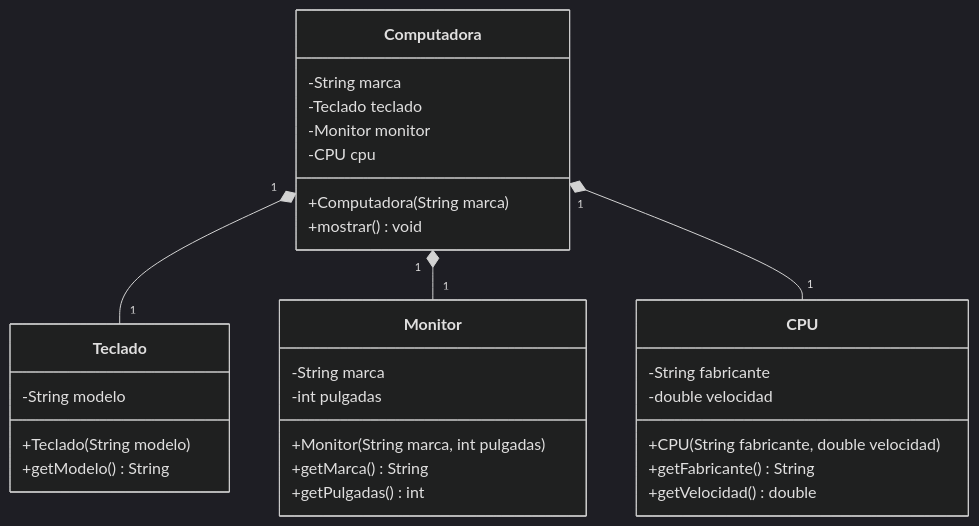
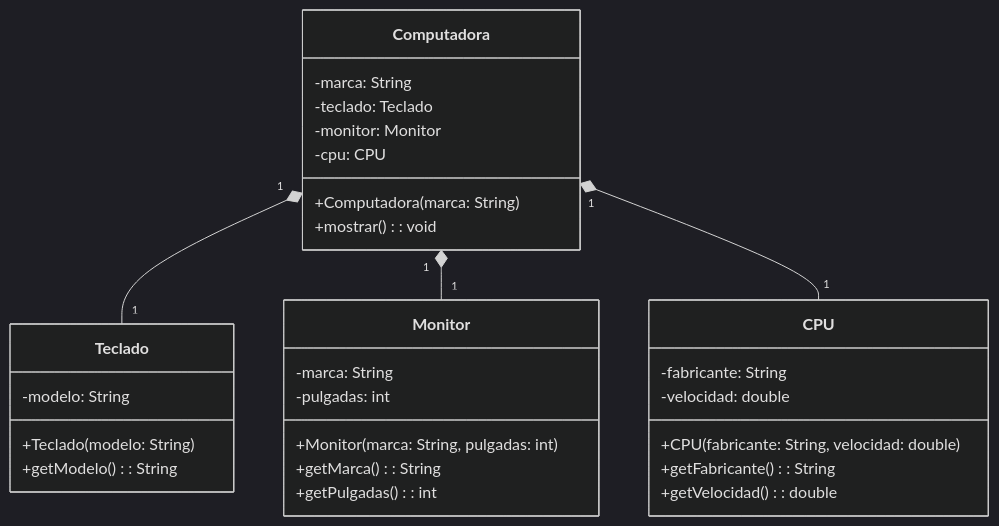
The first of 11 diagrams in README.md (CursosProgramacionEP/USIL_SEMANA10), drawn with Mermaid (dark theme) before and after one commit. The commit also changed other lines of this file and 1 other file, not shown here.

First line of the commit message:
Diagramas UML en notacion estandar (nombre: Tipo) en README y PRACTICAS_CLASE

````diff
--- a/README.md
+++ b/README.md
@@ -43,33 +43,33 @@
 ```mermaid
 classDiagram
     class Computadora {
-        -String marca
-        -Teclado teclado
-        -Monitor monitor
-        -CPU cpu
-        +Computadora(String marca)
-        +mostrar() void
+        -marca: String
+        -teclado: Teclado
+        -monitor: Monitor
+        -cpu: CPU
+        +Computadora(marca: String)
+        +mostrar() : void
     }
     class Teclado {
-        -String modelo
-        +Teclado(String modelo)
-        +getModelo() String
+        -modelo: String
+        +Teclado(modelo: String)
+        +getModelo() : String
     }
     class Monitor {
-        -String marca
-        -int pulgadas
-        +Monitor(String marca, int pulgadas)
-        +getMarca() String
-        +getPulgadas() int
+        -marca: String
+        -pulgadas: int
+        +Monitor(marca: String, pulgadas: int)
+        +getMarca() : String
+        +getPulgadas() : int
     }
     class CPU {
-        -String fabricante
-        -double velocidad
-        +CPU(String fabricante, double velocidad)
-        +getFabricante() String
-        +getVelocidad() double
+        -fabricante: String
+        -velocidad: double
+        +CPU(fabricante: String, velocidad: double)
+        +getFabricante() : String
+        +getVelocidad() : double
     }
     Computadora "1" *-- "1" Teclado
     Computadora "1" *-- "1" Monitor
     Computadora "1" *-- "1" CPU
 ```
````
